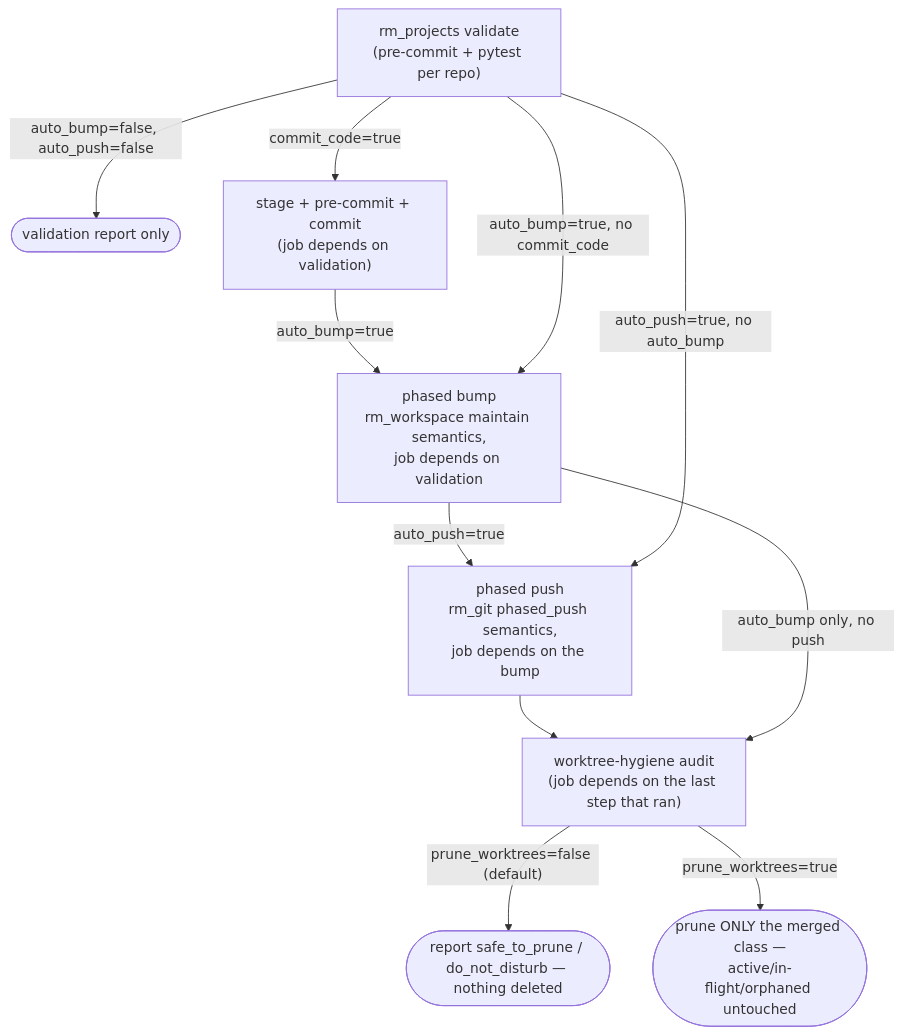
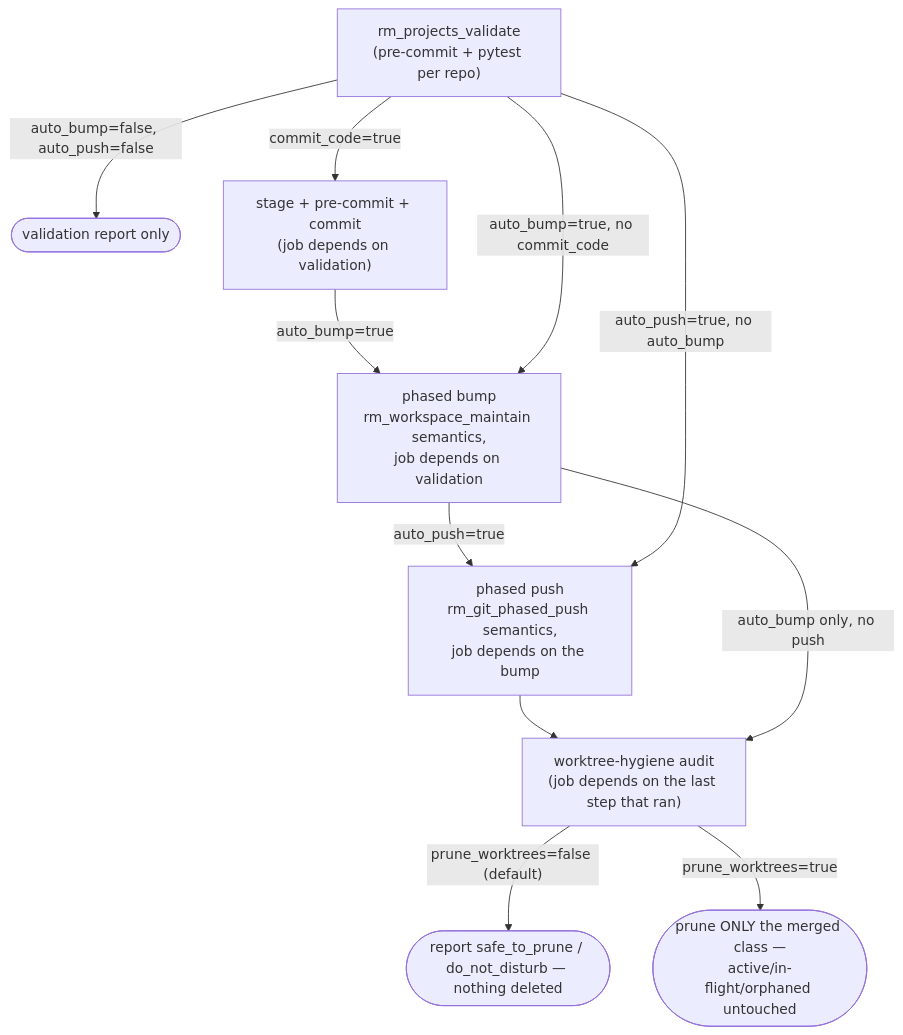
One commit to Knuckles-Team/repository-manager changed the diagram in repository_manager/skills/repository-manager-workspace-release/SKILL.md. Above: the diagram before and after it, drawn with Mermaid. The commit also changed other lines of this file and 33 other files, not shown here.

````diff
--- a/repository_manager/skills/repository-manager-workspace-release/SKILL.md
+++ b/repository_manager/skills/repository-manager-workspace-release/SKILL.md
@@ -100,13 +100,13 @@
 ```mermaid
 flowchart TD
-    V["rm_projects validate<br/>(pre-commit + pytest per repo)"] -->|"auto_bump=false, auto_push=false"| Done1(["validation report only"])
+    V["rm_projects_validate<br/>(pre-commit + pytest per repo)"] -->|"auto_bump=false, auto_push=false"| Done1(["validation report only"])
     V -->|"commit_code=true"| CC["stage + pre-commit + commit<br/>(job depends on validation)"]
     CC -->|"auto_bump=true"| B
-    V -->|"auto_bump=true, no commit_code"| B["phased bump<br/>rm_workspace maintain semantics,<br/>job depends on validation"]
-    B -->|"auto_push=true"| P["phased push<br/>rm_git phased_push semantics,<br/>job depends on the bump"]
+    V -->|"auto_bump=true, no commit_code"| B["phased bump<br/>rm_workspace_maintain semantics,<br/>job depends on validation"]
+    B -->|"auto_push=true"| P["phased push<br/>rm_git_phased_push semantics,<br/>job depends on the bump"]
     V -->|"auto_push=true, no auto_bump"| P
     P --> H["worktree-hygiene audit<br/>(job depends on the last step that ran)"]
     B -->|"auto_bump only, no push"| H
     H -->|"prune_worktrees=false (default)"| Report(["report safe_to_prune / do_not_disturb — nothing deleted"])
     H -->|"prune_worktrees=true"| Prune(["prune ONLY the merged class —<br/>active/in-flight/orphaned untouched"])
 ```
````
